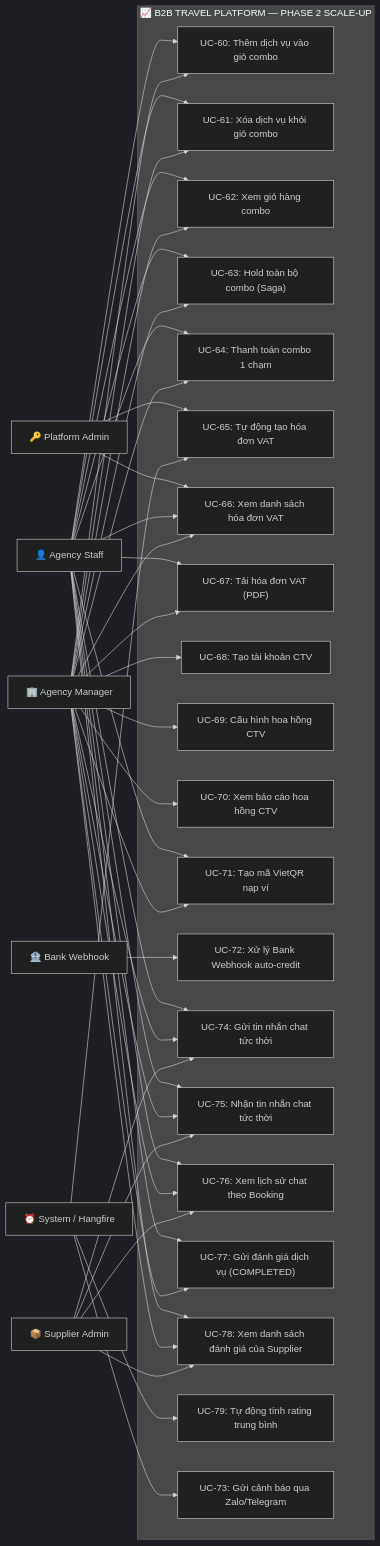
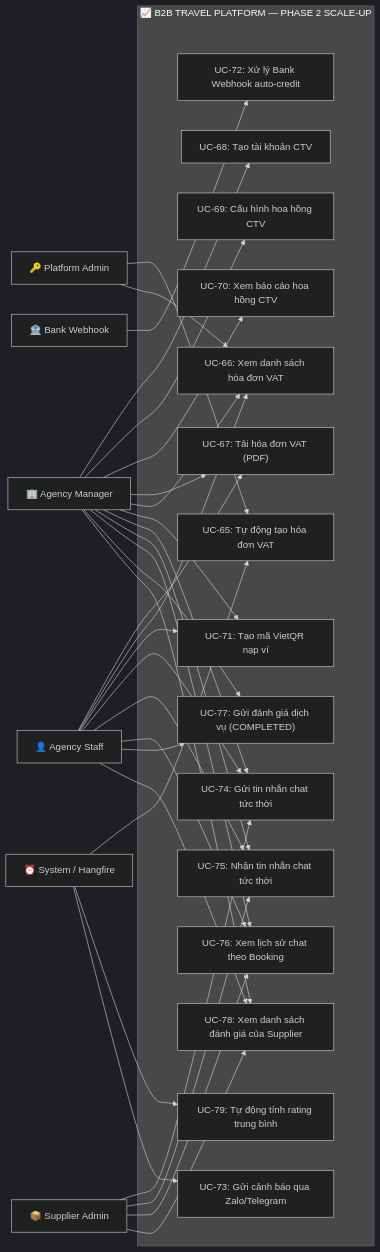
One commit to thanh-16/B2B_Tour changed the second of 2 diagrams in docs/actor and usecase/use_case_diagram.md. Above: the diagram before and after it, drawn with Mermaid (dark theme). The commit also changed other lines of this file, not shown here.

Commit message:
sync usecase diagrams for cart in phase 1

````diff
--- a/docs/actor and usecase/use_case_diagram.md
+++ b/docs/actor and usecase/use_case_diagram.md
@@ -126,54 +133,47 @@
 ```mermaid
 graph LR
     %% ACTORS
     PA["🔑 Platform Admin"]
     AM["🏢 Agency Manager"]
     AS["👤 Agency Staff"]
     SA["📦 Supplier Admin"]
     SYS["⏰ System / Hangfire"]
     BANK["🏦 Bank Webhook"]
 
     subgraph B2B_ScaleUp["📈 B2B TRAVEL PLATFORM — PHASE 2 SCALE-UP"]
-        %% Cart Combo
-        UC60["UC-60: Thêm dịch vụ vào giỏ combo"]
-        UC61["UC-61: Xóa dịch vụ khỏi giỏ combo"]
-        UC62["UC-62: Xem giỏ hàng combo"]
-        UC63["UC-63: Hold toàn bộ combo (Saga)"]
-        UC64["UC-64: Thanh toán combo 1 chạm"]
-
         %% Invoice
         UC65["UC-65: Tự động tạo hóa đơn VAT"]
         UC66["UC-66: Xem danh sách hóa đơn VAT"]
         UC67["UC-67: Tải hóa đơn VAT (PDF)"]
 
         %% Sub-Agent
         UC68["UC-68: Tạo tài khoản CTV"]
         UC69["UC-69: Cấu hình hoa hồng CTV"]
         UC70["UC-70: Xem báo cáo hoa hồng CTV"]
 
         %% VietQR
         UC71["UC-71: Tạo mã VietQR nạp ví"]
         UC72["UC-72: Xử lý Bank Webhook auto-credit"]
 
         %% Chat Hub
         UC74["UC-74: Gửi tin nhắn chat tức thời"]
         UC75["UC-75: Nhận tin nhắn chat tức thời"]
         UC76["UC-76: Xem lịch sử chat theo Booking"]
 
         %% Review & Rating
         UC77["UC-77: Gửi đánh giá dịch vụ (COMPLETED)"]
         UC78["UC-78: Xem danh sách đánh giá của Supplier"]
         UC79["UC-79: Tự động tính rating trung bình"]
 
         %% Notification
         UC73["UC-73: Gửi cảnh báo qua Zalo/Telegram"]
     end
 
     %% CONNECTIONS
     PA --> UC65 & UC66
     AM --> UC68 & UC69 & UC70
-    AS & AM --> UC60 & UC61 & UC62 & UC63 & UC64 & UC67 & UC66 & UC71 & UC74 & UC75 & UC76 & UC77 & UC78
+    AS & AM --> UC67 & UC66 & UC71 & UC74 & UC75 & UC76 & UC77 & UC78
     SA --> UC74 & UC75 & UC76 & UC78
     SYS --> UC65 & UC79 & UC73
     BANK --> UC72
 ```
````
